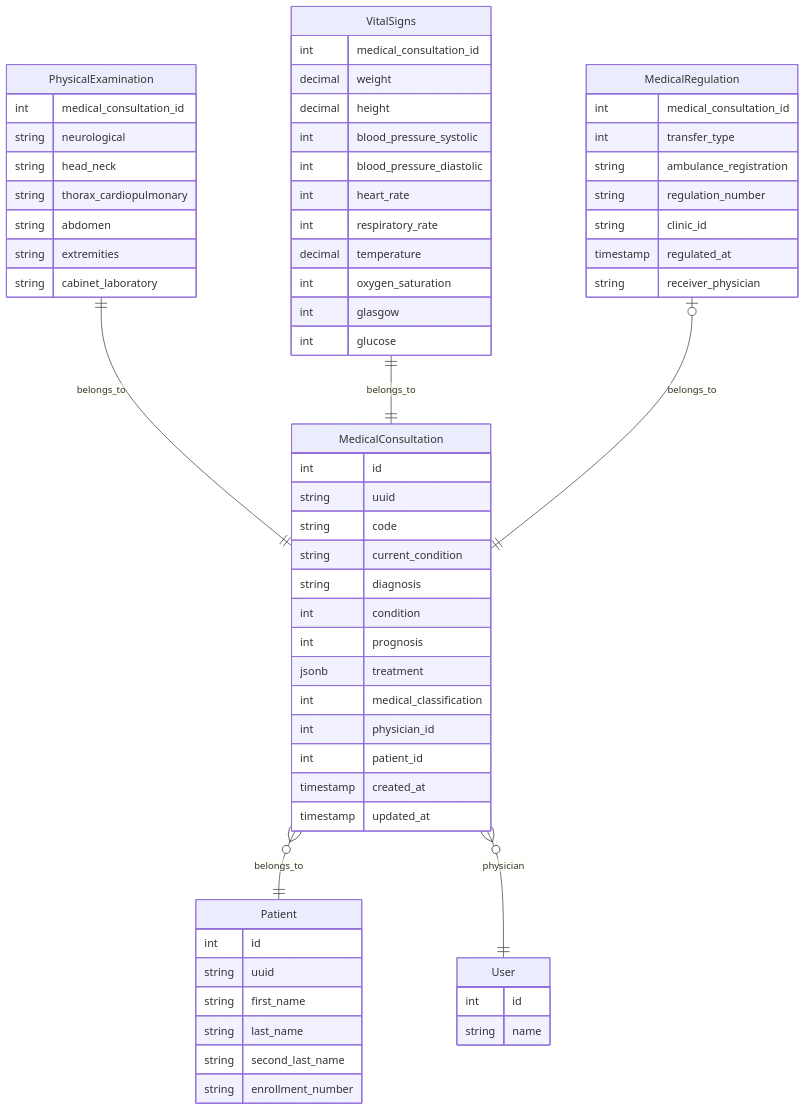
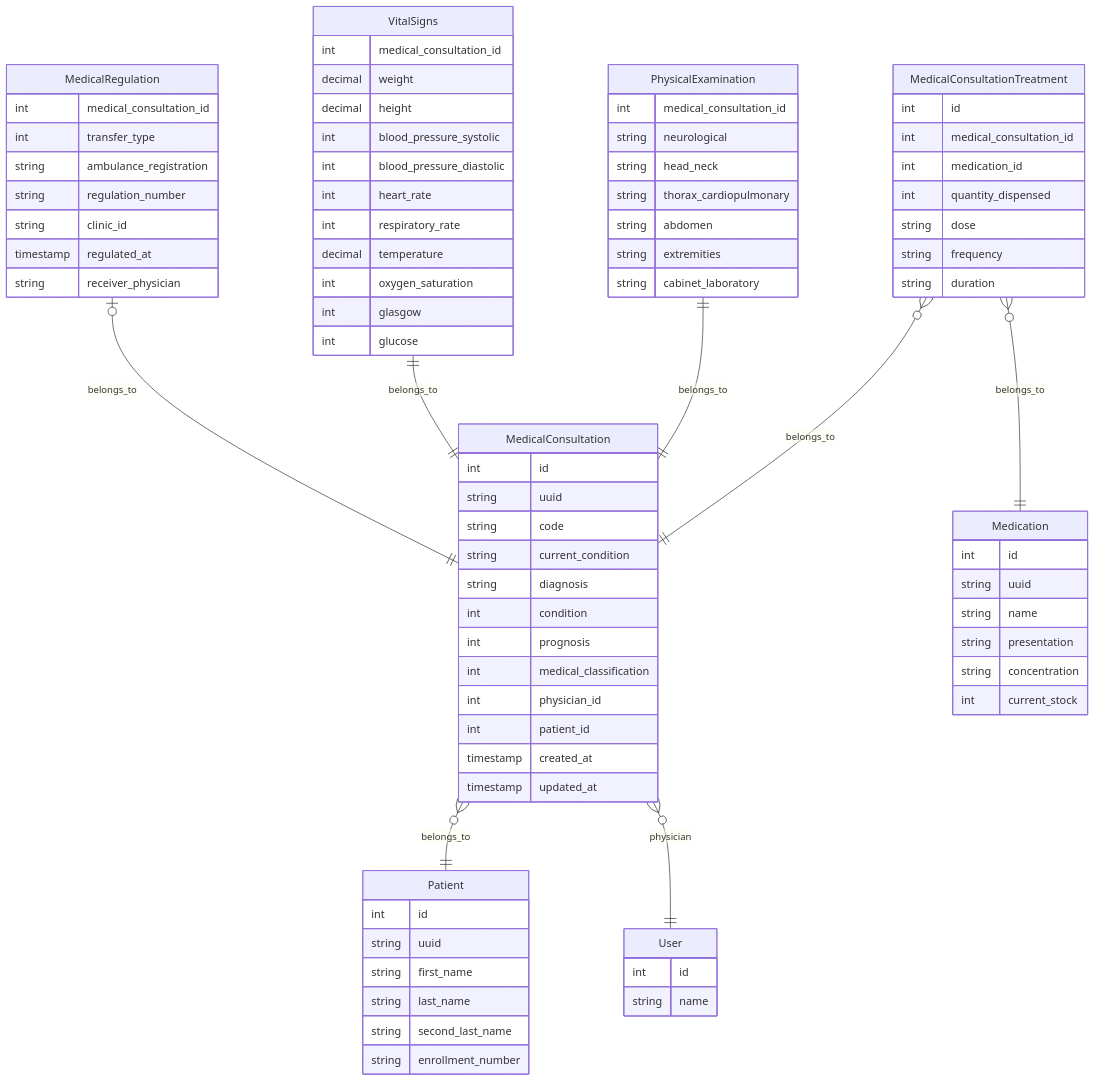
Before and after one commit to joseju77/vitalease: the diagram in docs/features/medical-consultations.md, drawn with Mermaid. The commit also changed other lines of this file, not shown here.

Commit message:
docs: update medical consultations for inventory treatment

```diff
--- a/docs/features/medical-consultations.md
+++ b/docs/features/medical-consultations.md
@@ -344,12 +370,32 @@
         string diagnosis
         int condition
         int prognosis
-        jsonb treatment
         int medical_classification
         int physician_id
         int patient_id
         timestamp created_at
         timestamp updated_at
+    }
+
+    Medication {
+        int id
+        string uuid
+        string name
+        string presentation
+        string concentration
+        int current_stock
+    }
+
+    MedicalConsultationTreatment }o--|| MedicalConsultation: belongs_to
+    MedicalConsultationTreatment }o--|| Medication: belongs_to
+    MedicalConsultationTreatment {
+        int id
+        int medical_consultation_id
+        int medication_id
+        int quantity_dispensed
+        string dose
+        string frequency
+        string duration
     }
 
     PhysicalExamination ||--|| MedicalConsultation: belongs_to
```
